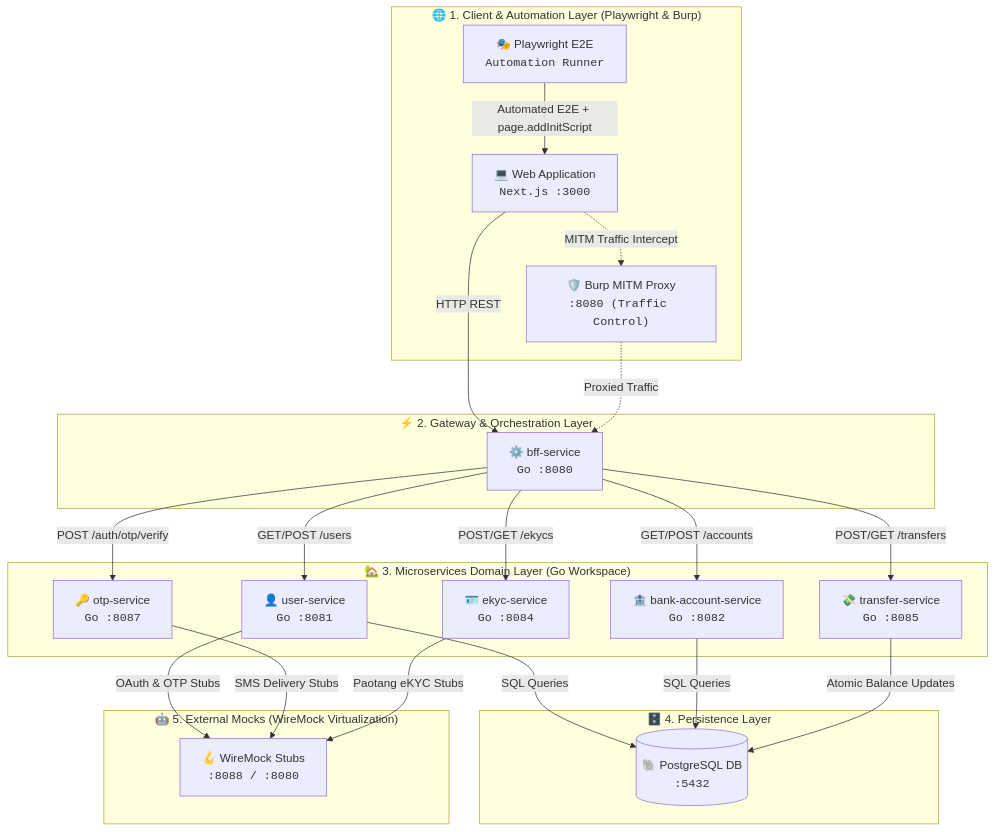
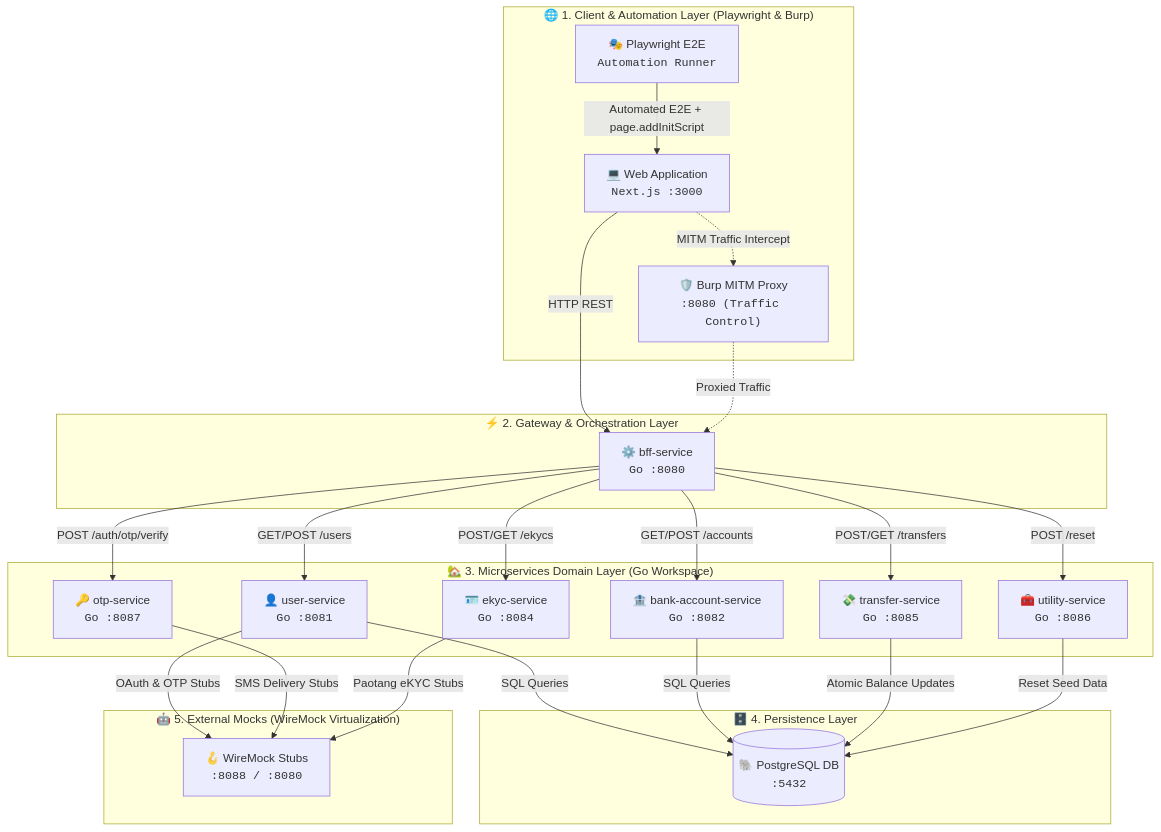
One commit to SiwakornSitti/ultra-smoooooth-testing changed the diagram in WORKSHOP.md. Above: the diagram before and after it, drawn with Mermaid. The commit also changed other lines of this file and 29 other files, not shown here.

````diff
--- a/WORKSHOP.md
+++ b/WORKSHOP.md
@@ -15,47 +15,50 @@
 ```mermaid
 flowchart TD
     subgraph Clients["🌐 1. Client & Automation Layer (Playwright & Burp)"]
         Website["💻 Web Application<br/><code>Next.js :3000</code>"]
         Playwright["🎭 Playwright E2E<br/><code>Automation Runner</code>"]
         Burp["🛡️ Burp MITM Proxy<br/><code>:8080 (Traffic Control)</code>"]
     end
 
     subgraph API_Gateway["⚡ 2. Gateway & Orchestration Layer"]
         BFF["⚙️ bff-service<br/><code>Go :8080</code>"]
     end
 
     subgraph Core_Services["🏡 3. Microservices Domain Layer (Go Workspace)"]
         UserService["👤 user-service<br/><code>Go :8081</code>"]
         BankService["🏦 bank-account-service<br/><code>Go :8082</code>"]
         EKYCService["🪪 ekyc-service<br/><code>Go :8084</code>"]
         TransferService["💸 transfer-service<br/><code>Go :8085</code>"]
         OTPService["🔑 otp-service<br/><code>Go :8087</code>"]
+        UtilityService["🧰 utility-service<br/><code>Go :8086</code>"]
     end
 
     subgraph Persistence["🗄️ 4. Persistence Layer"]
         DB[("🐘 PostgreSQL DB<br/><code>:5432</code>")]
     end
 
     subgraph External_Mocks["🤖 5. External Mocks (WireMock Virtualization)"]
         WireMock["🪝 WireMock Stubs<br/><code>:8088 / :8080</code>"]
     end
 
     Website -->|HTTP REST| BFF
     Playwright -->|Automated E2E + page.addInitScript| Website
     Website -.->|MITM Traffic Intercept| Burp
     Burp -.->|Proxied Traffic| BFF
 
     BFF -->|GET/POST /users| UserService
     BFF -->|GET/POST /accounts| BankService
     BFF -->|POST/GET /ekycs| EKYCService
     BFF -->|POST/GET /transfers| TransferService
     BFF -->|POST /auth/otp/verify| OTPService
+    BFF -->|POST /reset| UtilityService
 
     UserService -->|SQL Queries| DB
     BankService -->|SQL Queries| DB
     TransferService -->|Atomic Balance Updates| DB
+    UtilityService -->|Reset Seed Data| DB
 
     UserService -->|OAuth & OTP Stubs| WireMock
     OTPService -->|SMS Delivery Stubs| WireMock
     EKYCService -->|Paotang eKYC Stubs| WireMock
 ```
````
